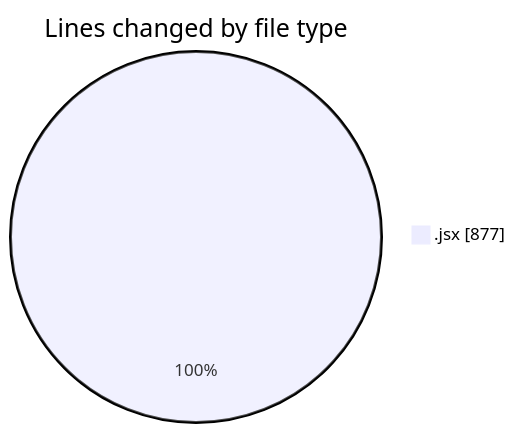
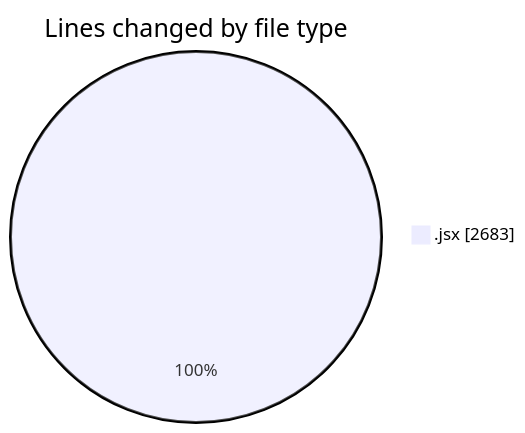
One commit to nxtqubesakshisongat/code-tracking changed the first of 2 diagrams in 2025-07-08/argos/README.md. Above: the diagram before and after it, drawn with Mermaid. The commit also changed other lines of this file and 1 other file, not shown here.

````diff
--- a/2025-07-08/argos/README.md
+++ b/2025-07-08/argos/README.md
@@ -20,5 +21,5 @@
 ```mermaid
 pie showData
 title Lines changed by file type
-".jsx" : 877
+".jsx" : 2683
 ```
````
